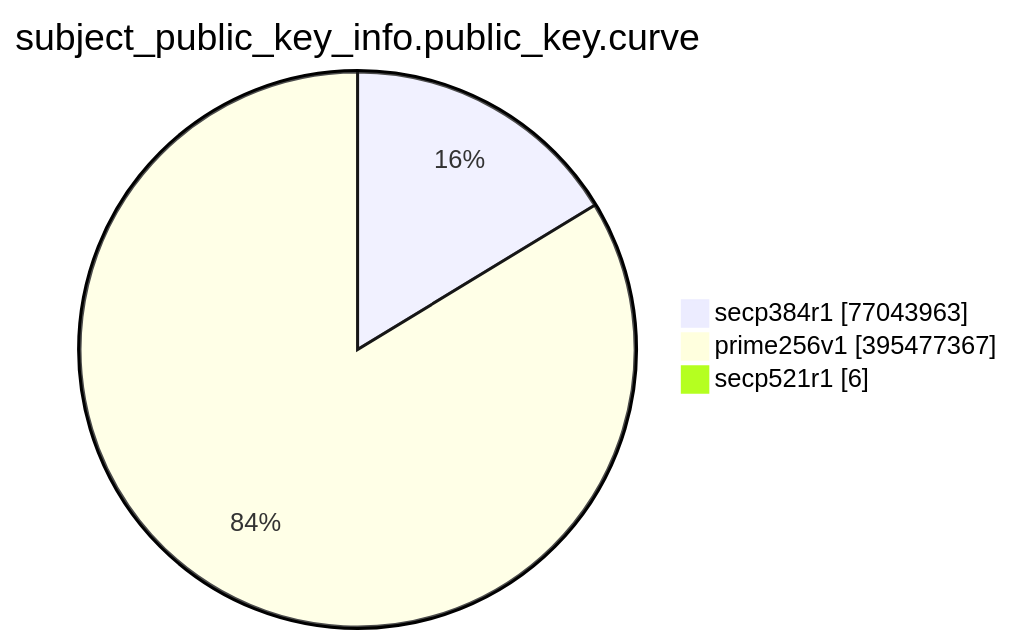
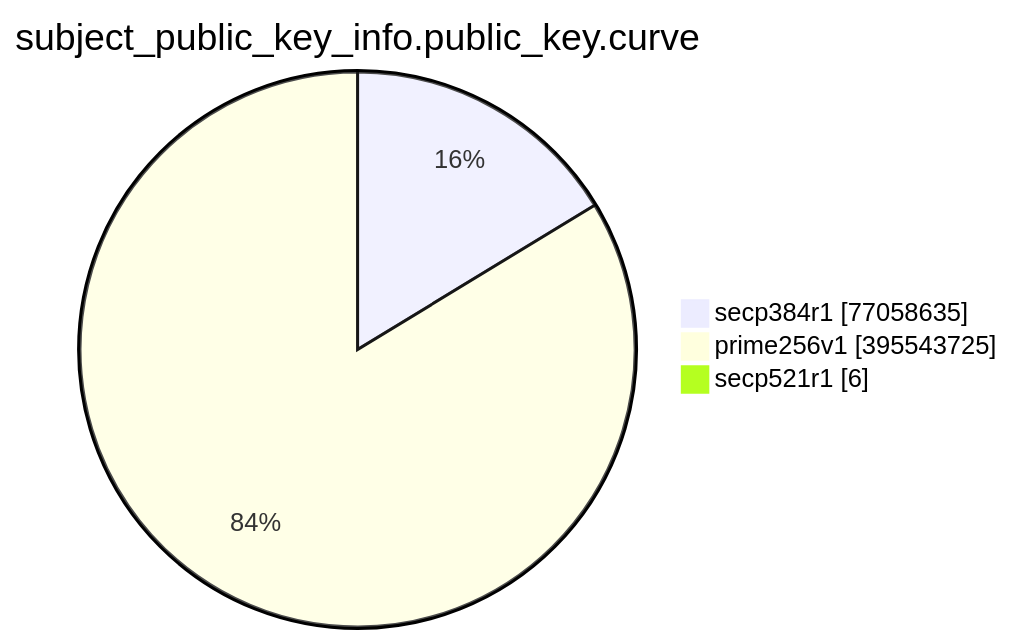
Before and after one commit to christiankrug/ctmonitor_visualization: the eighth of 15 diagrams in TOTAL/README.md, drawn with Mermaid. The commit also changed other lines of this file, not shown here.

````diff
--- a/TOTAL/README.md
+++ b/TOTAL/README.md
@@ -3094,7 +3094,7 @@
 ```mermaid
 pie showData
 title subject_public_key_info.public_key.curve
-"secp384r1" :77043963
-"prime256v1" :395477367
+"secp384r1" :77058635
+"prime256v1" :395543725
 "secp521r1" :6
 ```
````
